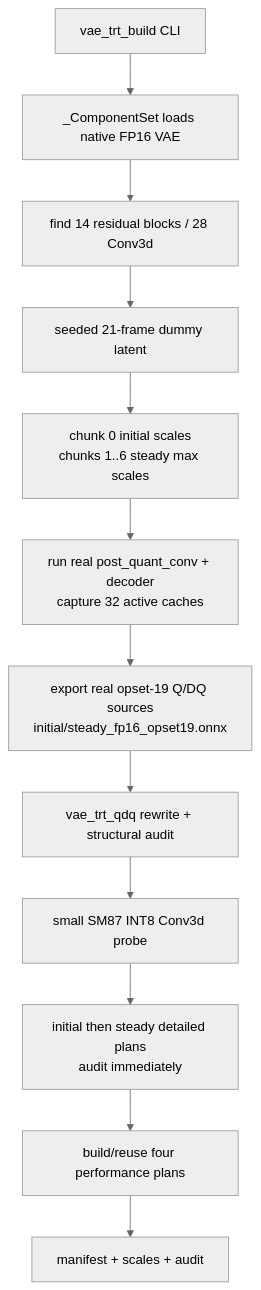
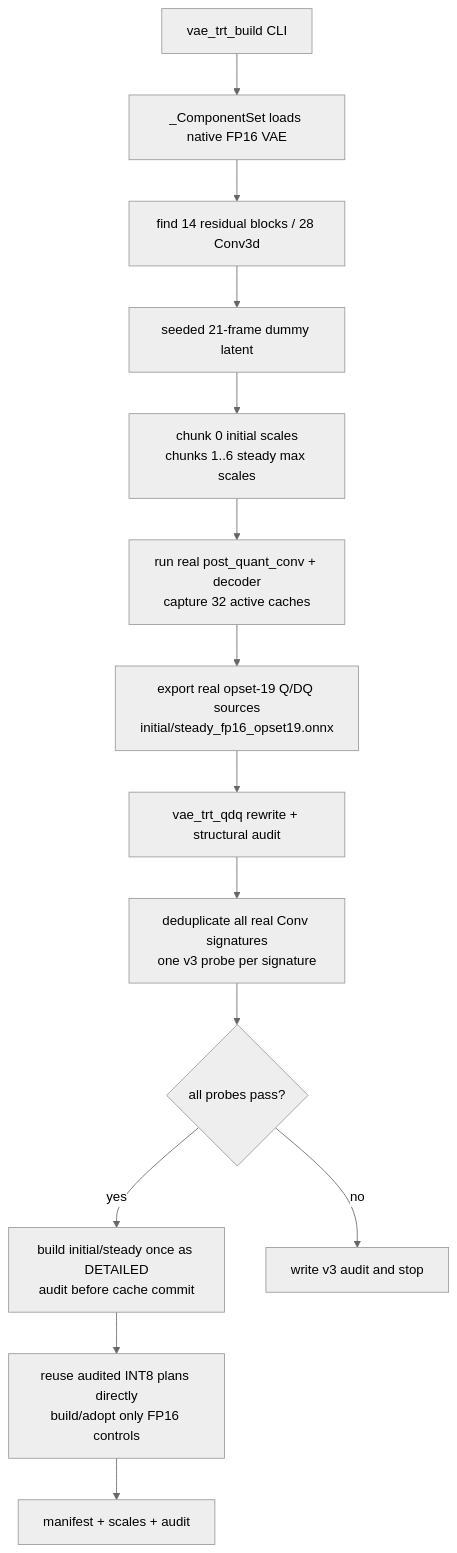
Diagram 11 of 13 in python/sglang/multimodal_gen/experimental/jetson_sfwan/CODE_GUIDE.md (FredHuang99/sglang), drawn with Mermaid (neutral theme) before and after one commit. The commit also changed other lines of this file and 5 other files, not shown here.

````diff
--- a/python/sglang/multimodal_gen/experimental/jetson_sfwan/CODE_GUIDE.md
+++ b/python/sglang/multimodal_gen/experimental/jetson_sfwan/CODE_GUIDE.md
@@ -1029,18 +1029,21 @@
 ```mermaid
 flowchart TD
     CLI["vae_trt_build CLI"]
     Load["_ComponentSet loads native FP16 VAE"]
     Targets["find 14 residual blocks / 28 Conv3d"]
     Dummy["seeded 21-frame dummy latent"]
     Scales["chunk 0 initial scales<br/>chunks 1..6 steady max scales"]
     Trace["run real post_quant_conv + decoder<br/>capture 32 active caches"]
     Export["export real opset-19 Q/DQ sources<br/>initial/steady_fp16_opset19.onnx"]
     QDQ["vae_trt_qdq rewrite + structural audit"]
-    Probe["small SM87 INT8 Conv3d probe"]
-    Detailed["initial then steady detailed plans<br/>audit immediately"]
-    Build["build/reuse four performance plans"]
+    Probe["deduplicate all real Conv signatures<br/>one v3 probe per signature"]
+    Gate{"all probes pass?"}
+    Detailed["build initial/steady once as DETAILED<br/>audit before cache commit"]
+    Build["reuse audited INT8 plans directly<br/>build/adopt only FP16 controls"]
     Manifest["manifest + scales + audit"]
 
     CLI --> Load --> Targets --> Dummy --> Scales --> Trace --> Export
-    Export --> QDQ --> Probe --> Detailed --> Build --> Manifest
+    Export --> QDQ --> Probe --> Gate
+    Gate -->|yes| Detailed --> Build --> Manifest
+    Gate -->|no| Stop["write v3 audit and stop"]
 ```
````
